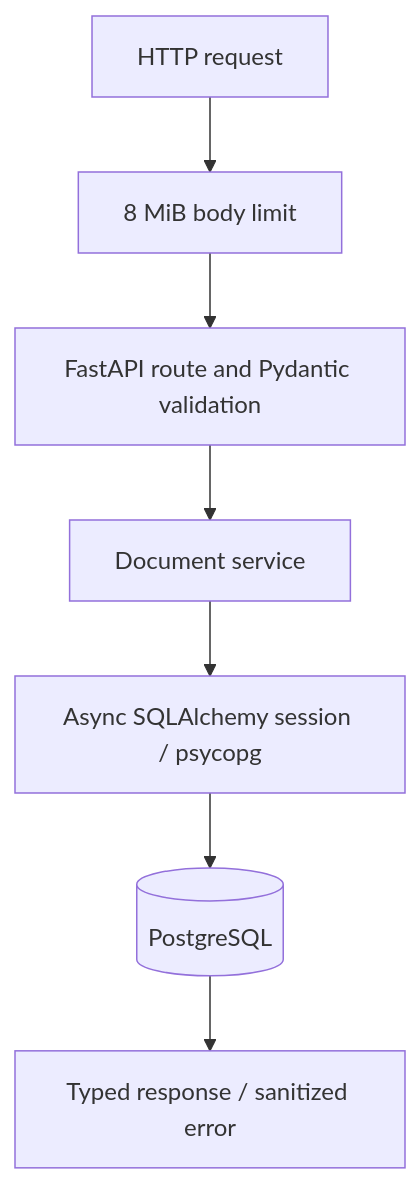
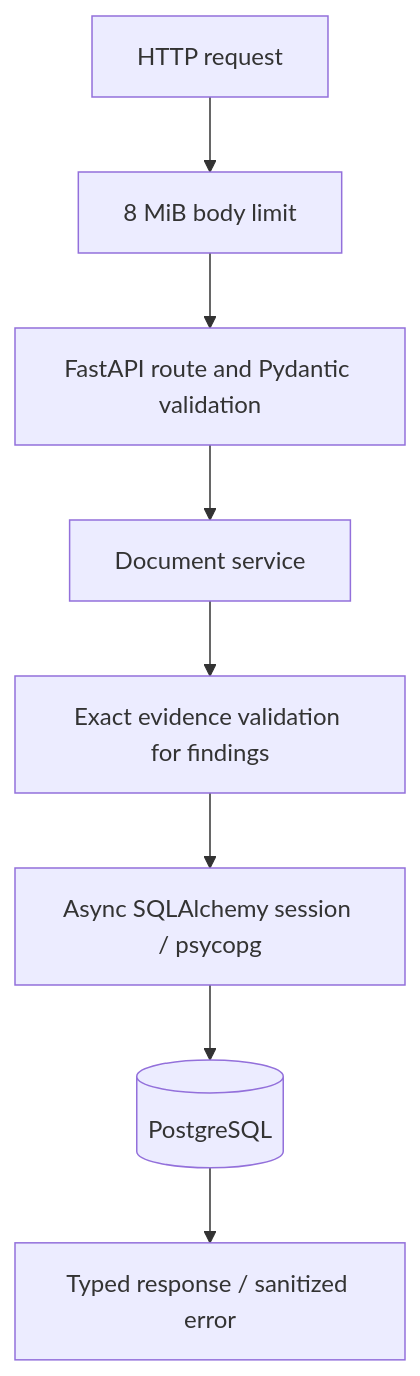
The diagram in docs/architecture.md (rootkit-io/ChainSecDB), drawn with Mermaid before and after one commit. The commit also changed other lines of this file and 21 other files, not shown here.

Commit message:
Phase 1B: structured findings, canonical taxonomy, and source evidence"

````diff
--- a/docs/architecture.md
+++ b/docs/architecture.md
@@ -11,9 +12,10 @@
 ```mermaid
 flowchart TD
     Request[HTTP request] --> Limit[8 MiB body limit]
     Limit --> API[FastAPI route and Pydantic validation]
     API --> Service[Document service]
-    Service --> Session[Async SQLAlchemy session / psycopg]
+    Service --> Evidence[Exact evidence validation for findings]
+    Evidence --> Session[Async SQLAlchemy session / psycopg]
     Session --> DB[(PostgreSQL)]
     DB --> Response[Typed response / sanitized error]
 ```
````
